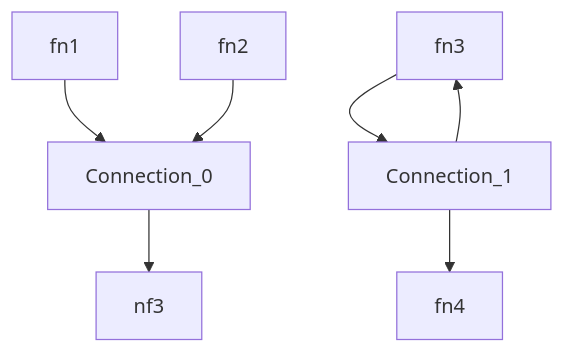
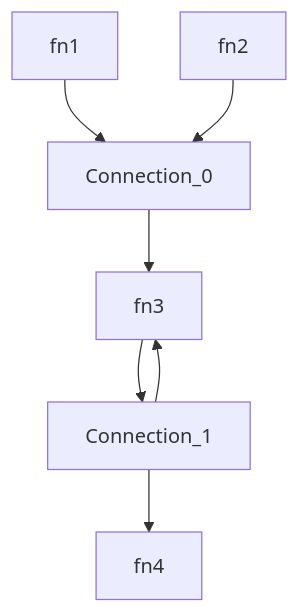
Before and after one commit to damianofalcioni/js-functions-orchestrator: the second of 2 diagrams in README.md, drawn with Mermaid.

````diff
--- a/README.md
+++ b/README.md
@@ -61,9 +61,9 @@
 ```mermaid
 graph TD;
     fn1-->Connection_0;
     fn2-->Connection_0;
-    Connection_0-->nf3;
+    Connection_0-->fn3;
     fn3-->Connection_1;
     Connection_1-->fn3;
     Connection_1-->fn4;
 ```
````
